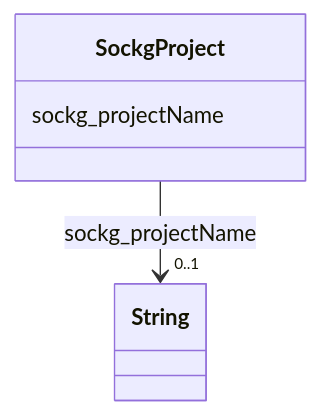
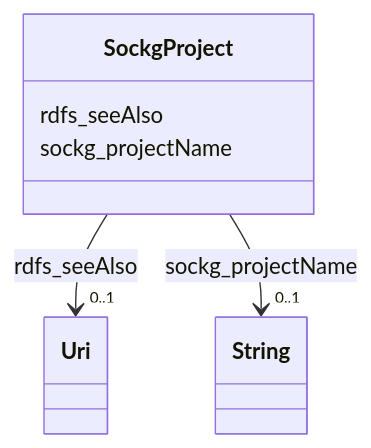
The diagram in soc-kg/classes/SockgProject.md (frink-okn/graph-descriptions), drawn with Mermaid before and after one commit. The commit also changed other lines of this file and 941 other files, not shown here.

````diff
--- a/soc-kg/classes/SockgProject.md
+++ b/soc-kg/classes/SockgProject.md
@@ -19,15 +23,24 @@
 ```mermaid
  classDiagram
     class SockgProject
     click SockgProject href "../SockgProject"
+      SockgProject : rdfs_seeAlso
+        
+          
+    
+    
+    SockgProject --> "0..1" Uri : rdfs_seeAlso
+    click Uri href "../Uri"
+
+        
       SockgProject : sockg_projectName
         
           
     
     
     SockgProject --> "0..1" String : sockg_projectName
     click String href "../String"
 
         
       
 ```
````
